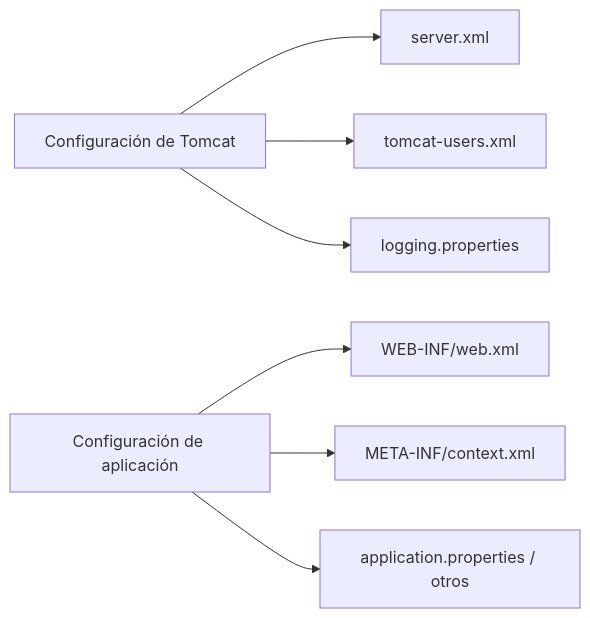
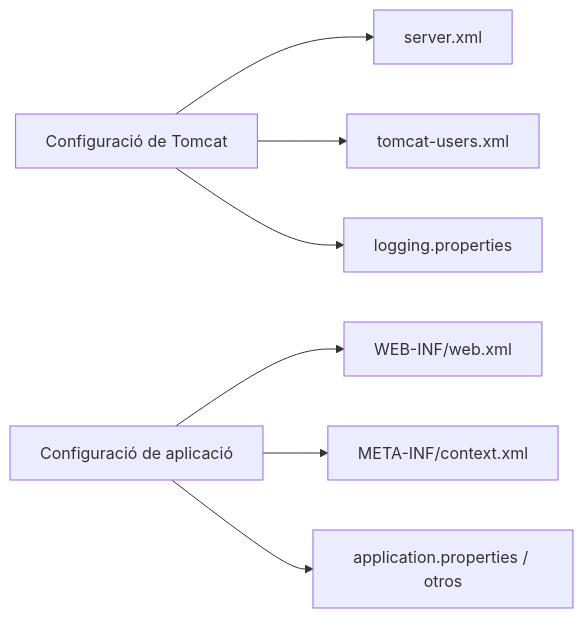
Before and after one commit to jordicido/jordicina: the third of 5 diagrams in docs/daw-daw/up3/02-configuracion-bibliotecas.md, drawn with Mermaid. The commit also changed other lines of this file and 10 other files, not shown here.

````diff
--- a/docs/daw-daw/up3/02-configuracion-bibliotecas.md
+++ b/docs/daw-daw/up3/02-configuracion-bibliotecas.md
@@ -351,9 +351,9 @@
 ```mermaid
 flowchart LR
-    S["Configuración de Tomcat"] --> A["server.xml"]
+    S["Configuració de Tomcat"] --> A["server.xml"]
     S --> B["tomcat-users.xml"]
     S --> C["logging.properties"]
-    APP["Configuración de aplicación"] --> D["WEB-INF/web.xml"]
+    APP["Configuració de aplicació"] --> D["WEB-INF/web.xml"]
     APP --> E["META-INF/context.xml"]
     APP --> F["application.properties / otros"]
 ```
````
